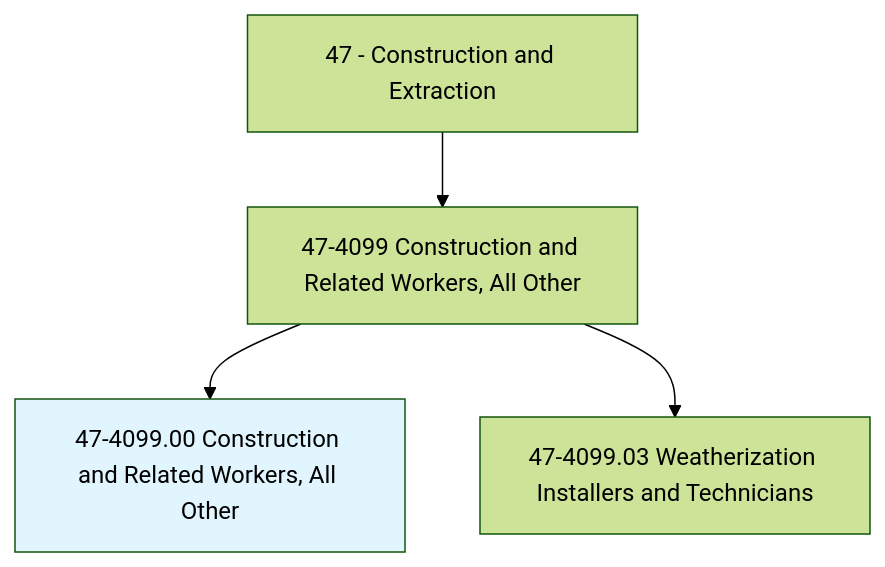
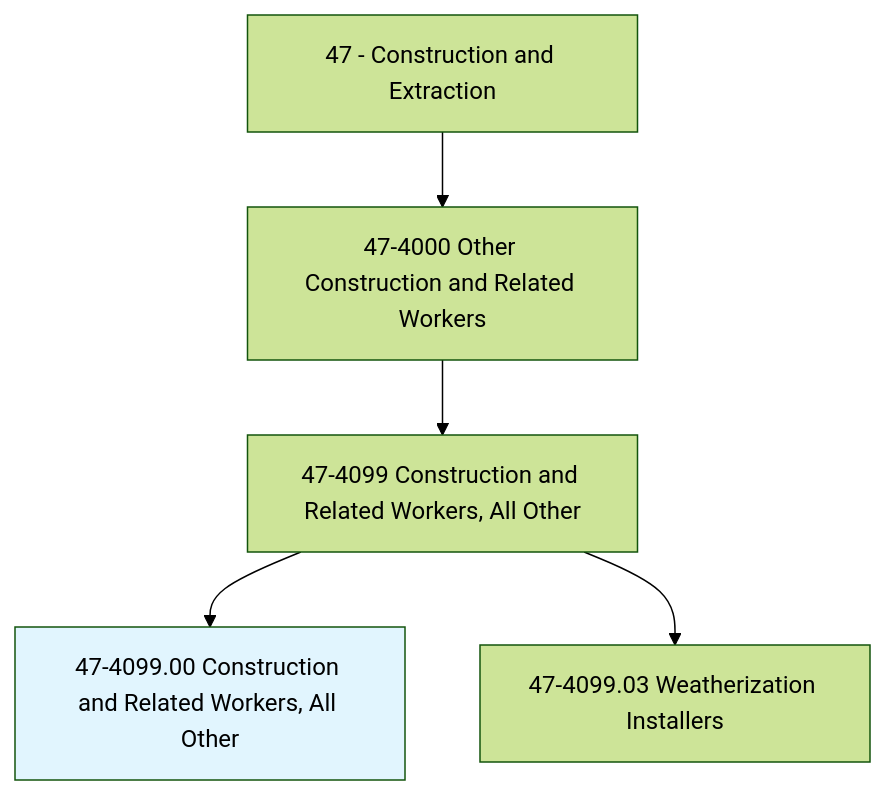
The first of 4 diagrams in occupations/Construction/ConstructionAndRelatedWorkers.mdx (kziemski/business.org.ai), drawn with Mermaid (forest theme) before and after one commit. The commit also changed other lines of this file and 938 other files, not shown here.

````diff
--- a/occupations/Construction/ConstructionAndRelatedWorkers.mdx
+++ b/occupations/Construction/ConstructionAndRelatedWorkers.mdx
@@ -19,7 +23,8 @@
 ```mermaid
 graph TD
-    Cat47["47 - Construction and Extraction"] --> Group474099["47-4099 Construction and Related Workers, All Other"]
-    Group474099 --> Current["47-4099.00 Construction and Related Workers, All Other"]
+    Cat47["47 - Construction and Extraction"] --> Group474["47-4000 Other Construction and Related Workers"]
+    Group474 --> Group4740["47-4099 Construction and Related Workers, All Other"]
+    Group4740 --> Current["47-4099.00 Construction and Related Workers, All Other"]
+    Group4740 --> Weather["47-4099.03 Weatherization Installers"]
     style Current fill:#e1f5fe
-    Group474099 --> V47409903["47-4099.03 Weatherization Installers and Technicians"]
 ```
````
